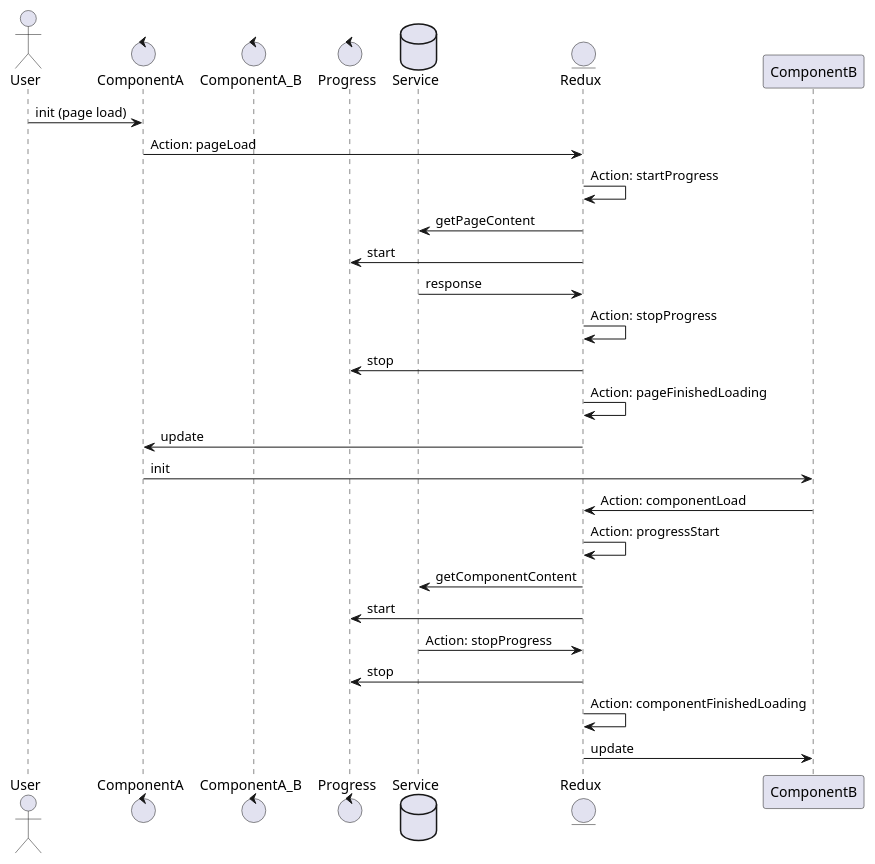
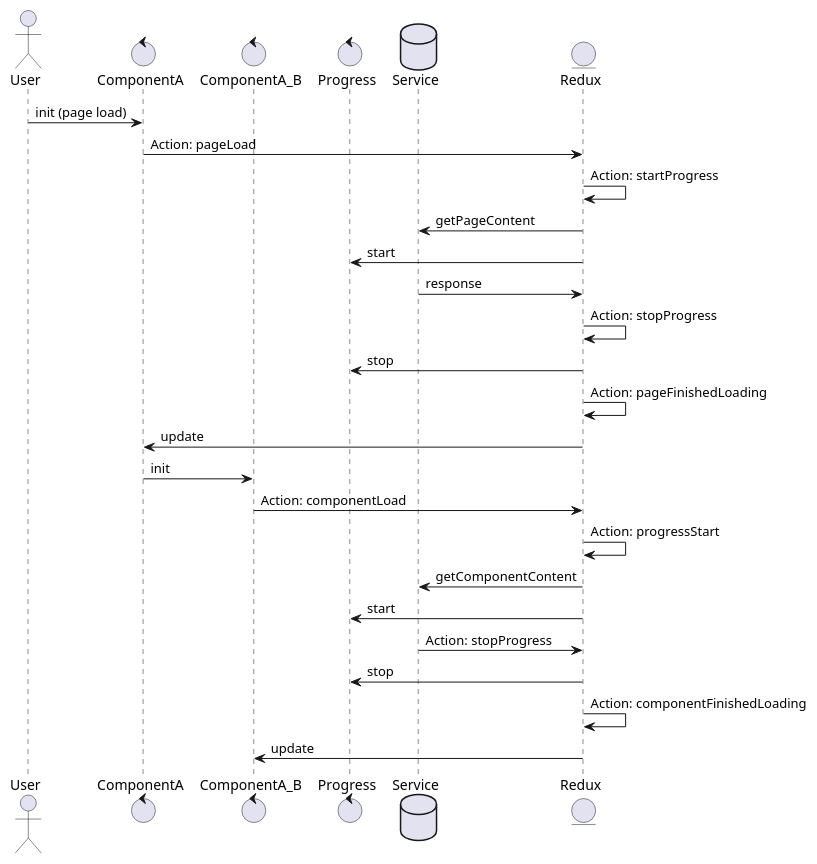
The diagram in uml/redux.puml (deroude/reacttraining), drawn with PlantUML before and after one commit.

Commit message:
notation error

```diff
--- a/uml/redux.puml
+++ b/uml/redux.puml
@@ -1,27 +1,27 @@
 @startuml No Redux
 actor User
 control ComponentA
 control ComponentA_B
 control Progress
 database Service
 entity Redux
 User -> ComponentA: init (page load)
 ComponentA -> Redux: Action: pageLoad
 Redux -> Redux: Action: startProgress
 Redux -> Service: getPageContent
 Redux -> Progress: start
 Service -> Redux: response
 Redux -> Redux: Action: stopProgress
 Redux -> Progress: stop
 Redux -> Redux: Action: pageFinishedLoading
 Redux -> ComponentA: update
-ComponentA -> ComponentB: init
-ComponentB -> Redux: Action: componentLoad
+ComponentA -> ComponentA_B: init
+ComponentA_B -> Redux: Action: componentLoad
 Redux -> Redux: Action: progressStart
 Redux -> Service: getComponentContent
 Redux -> Progress: start
 Service -> Redux: Action: stopProgress
 Redux -> Progress: stop
 Redux -> Redux: Action: componentFinishedLoading
-Redux -> ComponentB: update
+Redux -> ComponentA_B: update
 @enduml
```
